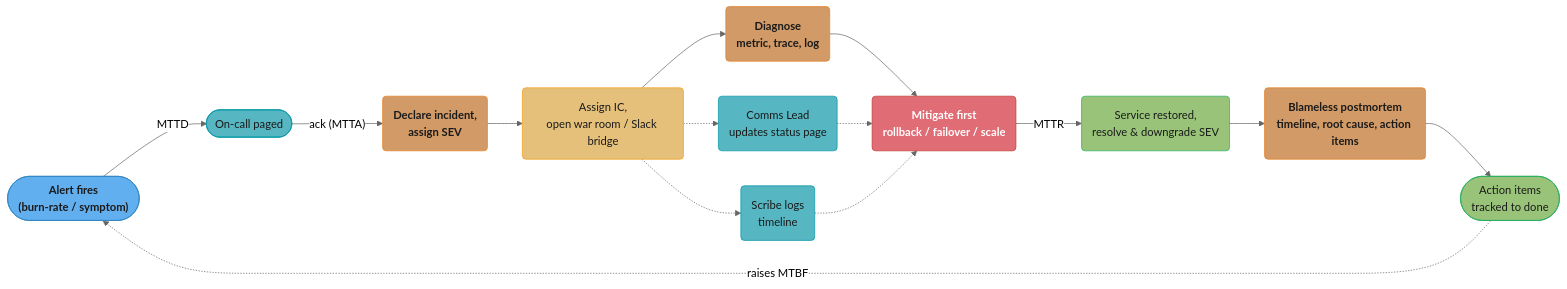
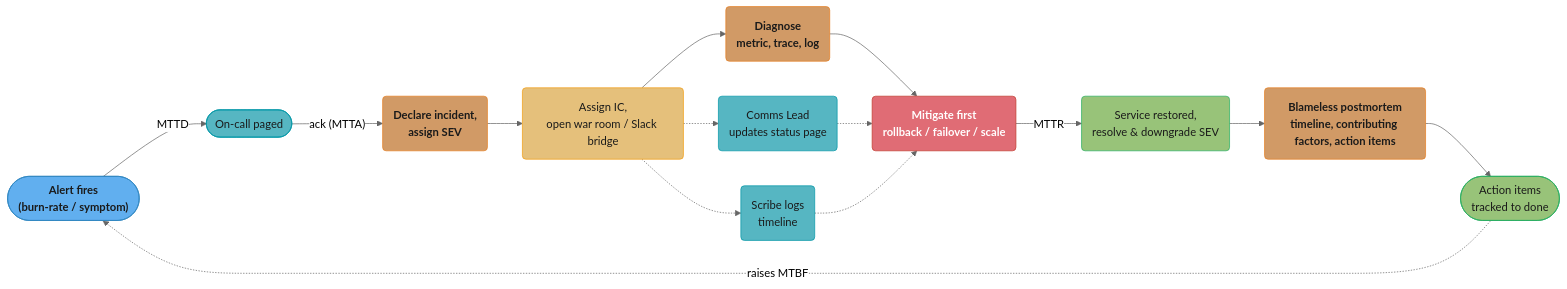
One commit to rppol/system-design changed the second of 6 diagrams in src/main/java/com/rutik/systemdesign/devops/incident_management_and_oncall/incident_management_and_oncall.md. Above: the diagram before and after it, drawn with Mermaid (neutral theme). The commit also changed other lines of this file and 655 other files, not shown here.

````diff
--- a/src/main/java/com/rutik/systemdesign/devops/incident_management_and_oncall/incident_management_and_oncall.md
+++ b/src/main/java/com/rutik/systemdesign/devops/incident_management_and_oncall/incident_management_and_oncall.md
@@ -157,31 +157,31 @@
 ```mermaid
 flowchart LR
     classDef io      fill:#61afef,stroke:#2e86c1,color:#1a1a1a,font-weight:bold
     classDef frozen  fill:#c678dd,stroke:#9b59b6,color:#fff
     classDef train   fill:#98c379,stroke:#27ae60,color:#1a1a1a
     classDef mathOp  fill:#d19a66,stroke:#e67e22,color:#1a1a1a,font-weight:bold
     classDef lossN   fill:#e06c75,stroke:#c0392b,color:#fff,font-weight:bold
     classDef req     fill:#56b6c2,stroke:#0097a7,color:#1a1a1a
     classDef base    fill:#e5c07b,stroke:#f39c12,color:#1a1a1a
 
     alertFires(["Alert fires<br/>(burn-rate / symptom)"]) -->|"MTTD"| paged(["On-call paged"])
     paged -->|"ack (MTTA)"| declare("Declare incident,<br/>assign SEV")
     declare --> assignIC("Assign IC,<br/>open war room / Slack bridge")
     assignIC --> diagnose("Diagnose<br/>metric, trace, log")
     assignIC -.-> commsLead("Comms Lead<br/>updates status page")
     assignIC -.-> scribe("Scribe logs<br/>timeline")
     diagnose --> mitigate("Mitigate first<br/>rollback / failover / scale")
     commsLead -.-> mitigate
     scribe -.-> mitigate
     mitigate -->|"MTTR"| restored("Service restored,<br/>resolve & downgrade SEV")
-    restored --> postmortem("Blameless postmortem<br/>timeline, root cause, action items")
+    restored --> postmortem("Blameless postmortem<br/>timeline, contributing factors, action items")
     postmortem --> actionItems(["Action items<br/>tracked to done"])
     actionItems -.->|"raises MTBF"| alertFires
 
     class alertFires io
     class paged,commsLead,scribe req
     class declare,diagnose,postmortem mathOp
     class assignIC base
     class mitigate lossN
     class restored,actionItems train
 ```
````
